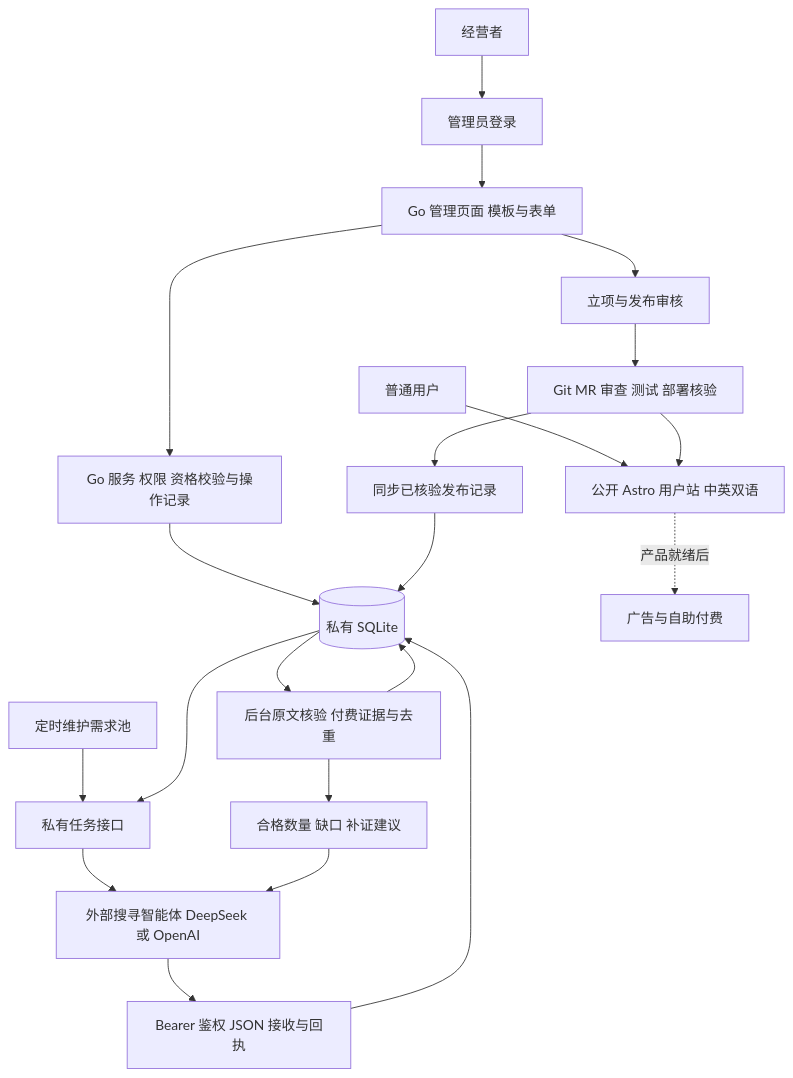
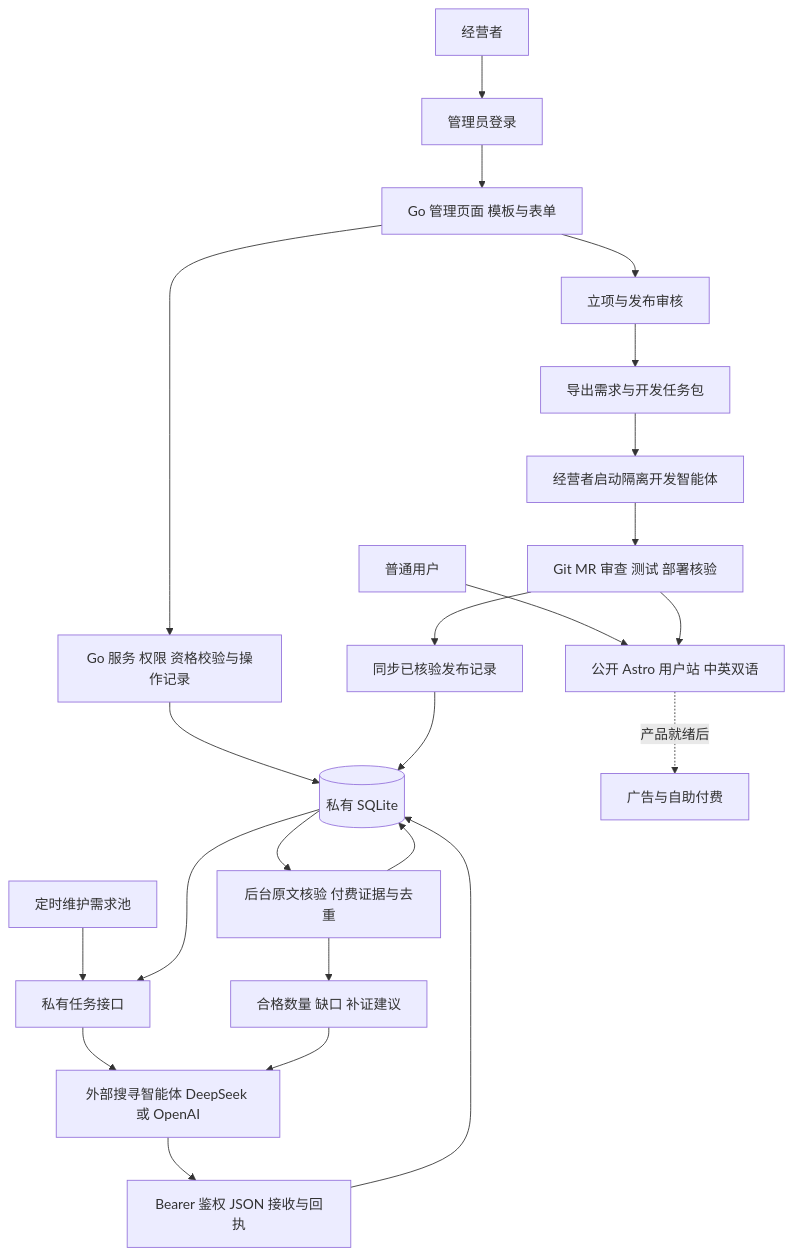
Before and after one commit to yyl1212/creative: the second of 2 diagrams in docs/superpowers/specs/2026-11-08-creative-platform-design.md, drawn with Mermaid. The commit also changed other lines of this file and 2 other files, not shown here.

````diff
--- a/docs/superpowers/specs/2026-11-08-creative-platform-design.md
+++ b/docs/superpowers/specs/2026-11-08-creative-platform-design.md
@@ -161,23 +194,25 @@
 ```mermaid
 flowchart TB
     U[普通用户] --> WEB[公开 Astro 用户站 中英双语]
     OWNER[经营者] --> LOGIN[管理员登录]
     LOGIN --> ADMIN[Go 管理页面 模板与表单]
     ADMIN --> ACTION[Go 服务 权限 资格校验与操作记录]
     ACTION --> DB[(私有 SQLite)]
     T[定时维护需求池] --> TASK[私有任务接口]
     DB --> TASK
     TASK --> AG[外部搜寻智能体 DeepSeek 或 OpenAI]
     AG --> INTAKE[Bearer 鉴权 JSON 接收与回执]
     INTAKE --> DB
     DB --> VERIFY[后台原文核验 付费证据与去重]
     VERIFY --> RESULT[合格数量 缺口 补证建议]
     RESULT --> AG
     VERIFY --> DB
     ADMIN --> APPROVE[立项与发布审核]
-    APPROVE --> GIT[Git MR 审查 测试 部署核验]
+    APPROVE --> PACKAGE[导出需求与开发任务包]
+    PACKAGE --> DEV[经营者启动隔离开发智能体]
+    DEV --> GIT[Git MR 审查 测试 部署核验]
     GIT --> WEB
     GIT --> SYNC[同步已核验发布记录]
     SYNC --> DB
     WEB -. 产品就绪后 .-> BUSINESS[广告与自助付费]
 ```
````
